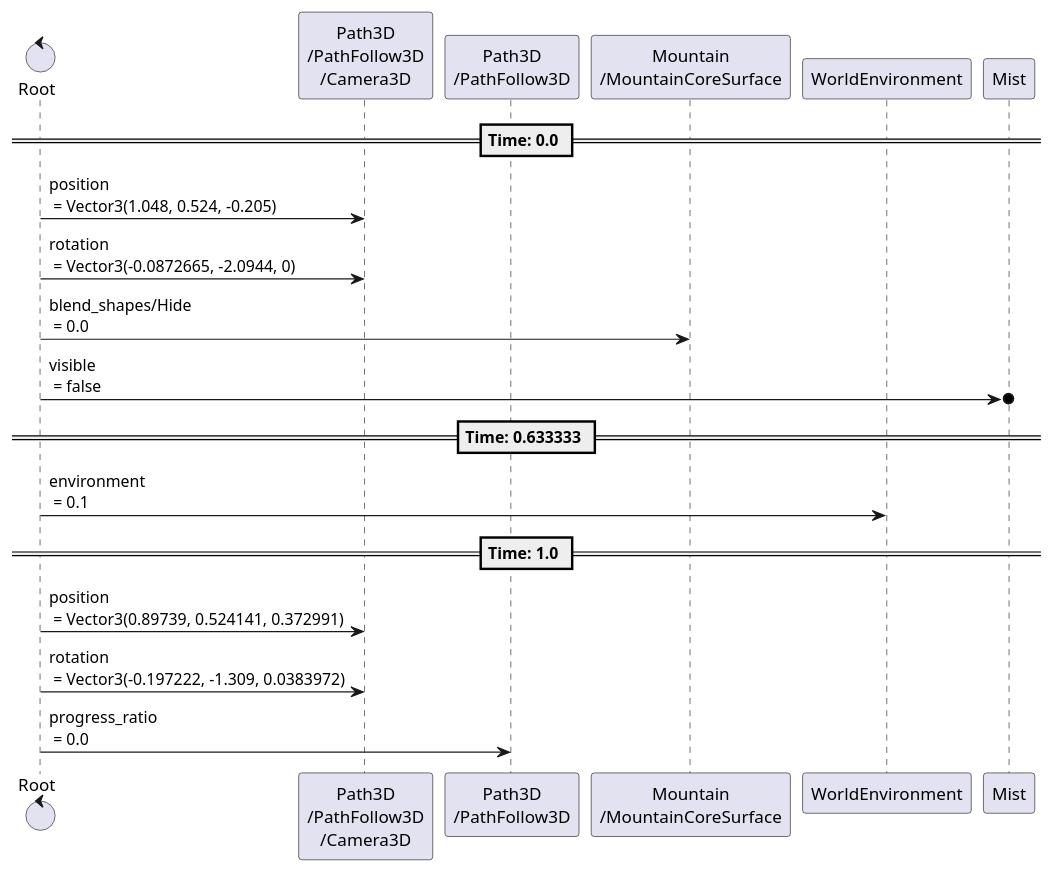
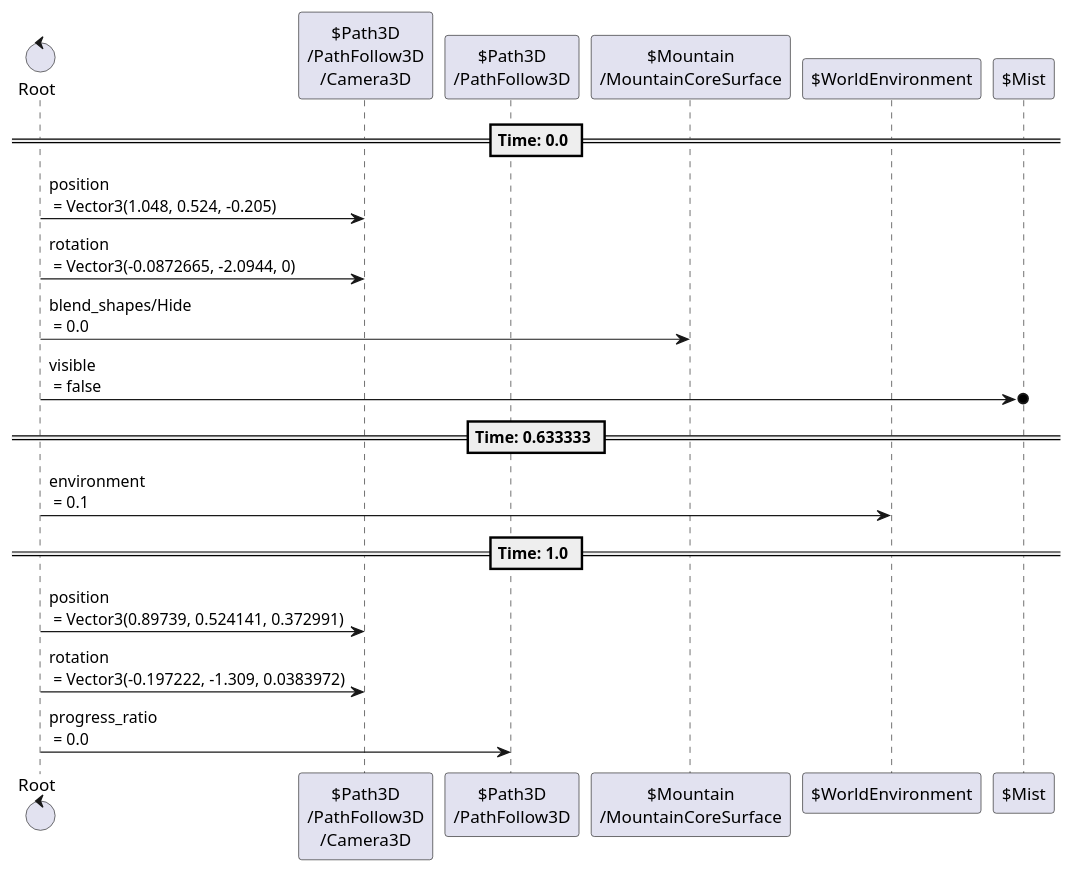
Before and after one commit to tkmfujise/Platformer-Game-Learning: the ninth of 23 diagrams in content/scenes/src/world/world.tscn.adoc, drawn with PlantUML. The commit also changed other lines of this file and 31 other files, not shown here.

Commit message:
Add prefix $ to node name in animation sequences

```diff
--- a/content/scenes/src/world/world.tscn.adoc
+++ b/content/scenes/src/world/world.tscn.adoc
@@ -305,25 +305,25 @@
 [plantuml]
 ....
-control "Root" as Root
-participant "Path3D\n/PathFollow3D\n/Camera3D" as T0
-participant "Path3D\n/PathFollow3D" as T2
-participant "Mountain\n/MountainCoreSurface" as T3
-participant "WorldEnvironment" as T4
-participant "Mist" as T5
+control "Root" as R
+participant "$Path3D\n/PathFollow3D\n/Camera3D" as T0
+participant "$Path3D\n/PathFollow3D" as T2
+participant "$Mountain\n/MountainCoreSurface" as T3
+participant "$WorldEnvironment" as T4
+participant "$Mist" as T5
 
 
 
 == Time: 0.0 ==
-Root  ->  T0 : position\n = Vector3(1.048, 0.524, -0.205)
-Root  ->  T0 : rotation\n = Vector3(-0.0872665, -2.0944, 0)
-Root  ->  T3 : blend_shapes/Hide\n = 0.0
-Root  ->o  T5 : visible\n = false
+R  ->  T0 : position\n = Vector3(1.048, 0.524, -0.205)
+R  ->  T0 : rotation\n = Vector3(-0.0872665, -2.0944, 0)
+R  ->  T3 : blend_shapes/Hide\n = 0.0
+R  ->o  T5 : visible\n = false
 == Time: 0.633333 ==
-Root  ->  T4 : environment\n = 0.1
+R  ->  T4 : environment\n = 0.1
 == Time: 1.0 ==
-Root  ->  T0 : position\n = Vector3(0.89739, 0.524141, 0.372991)
-Root  ->  T0 : rotation\n = Vector3(-0.197222, -1.309, 0.0383972)
-Root  ->  T2 : progress_ratio\n = 0.0
+R  ->  T0 : position\n = Vector3(0.89739, 0.524141, 0.372991)
+R  ->  T0 : rotation\n = Vector3(-0.197222, -1.309, 0.0383972)
+R  ->  T2 : progress_ratio\n = 0.0
 
 
 ....
```
